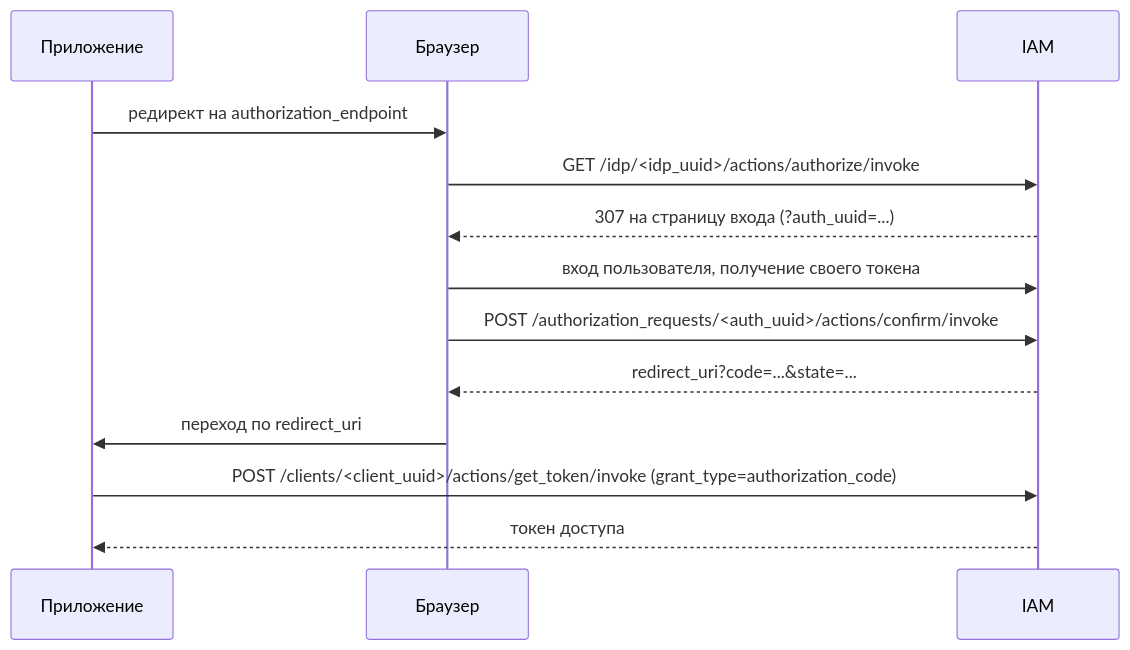
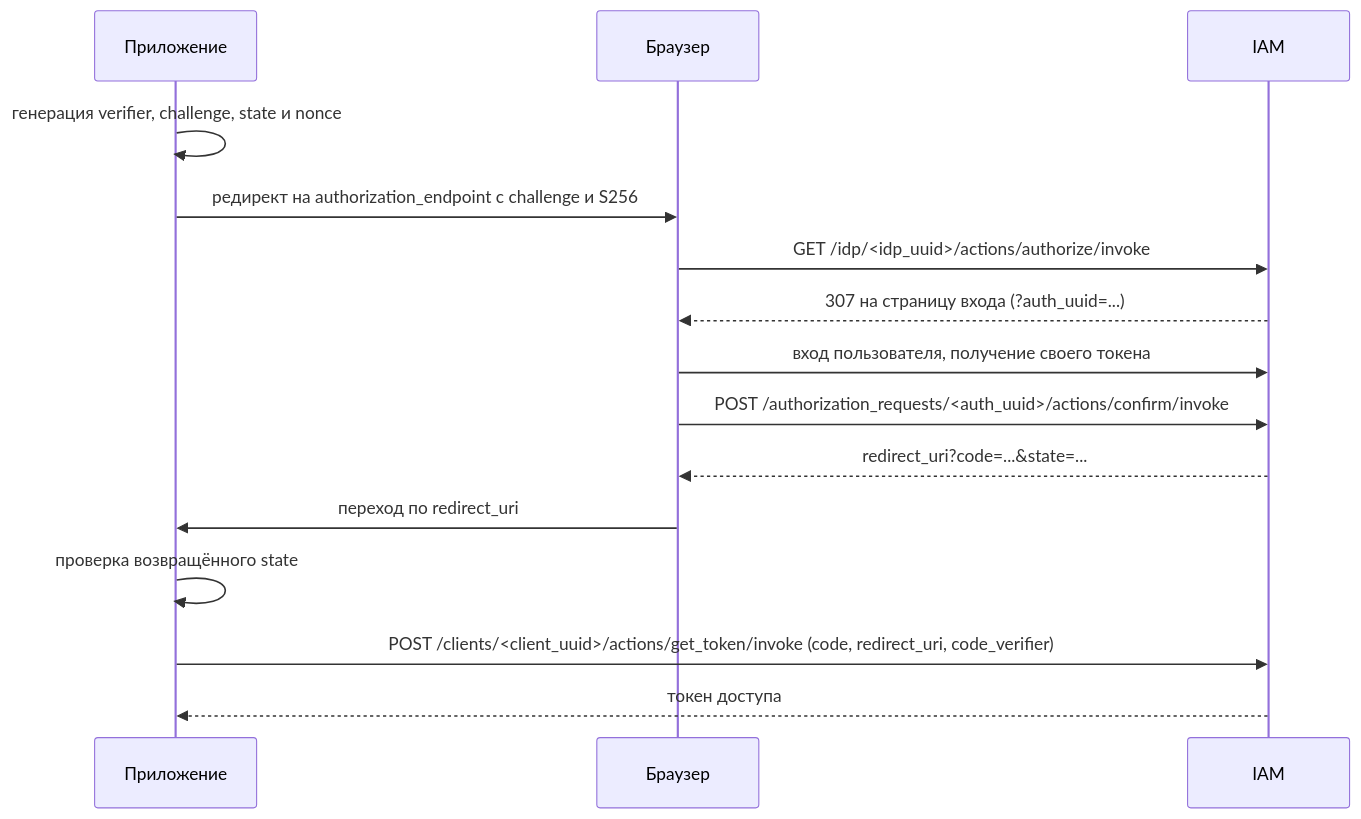
One commit to exordos/exordos_core changed the diagram in docs/iam/authorization_code.ru.md. Above: the diagram before and after it, drawn with Mermaid. The commit also changed other lines of this file and 1 other file, not shown here.

Commit message:
docs(iam): explain PKCE in authorization code flow

````diff
--- a/docs/iam/authorization_code.ru.md
+++ b/docs/iam/authorization_code.ru.md
@@ -50,15 +57,17 @@
 ```mermaid
 sequenceDiagram
     participant App as Приложение
     participant Browser as Браузер
     participant IAM
-    App->>Browser: редирект на authorization_endpoint
+    App->>App: генерация verifier, challenge, state и nonce
+    App->>Browser: редирект на authorization_endpoint с challenge и S256
     Browser->>IAM: GET /idp/<idp_uuid>/actions/authorize/invoke
     IAM-->>Browser: 307 на страницу входа (?auth_uuid=...)
     Browser->>IAM: вход пользователя, получение своего токена
     Browser->>IAM: POST /authorization_requests/<auth_uuid>/actions/confirm/invoke
     IAM-->>Browser: redirect_uri?code=...&state=...
     Browser->>App: переход по redirect_uri
-    App->>IAM: POST /clients/<client_uuid>/actions/get_token/invoke (grant_type=authorization_code)
+    App->>App: проверка возвращённого state
+    App->>IAM: POST /clients/<client_uuid>/actions/get_token/invoke (code, redirect_uri, code_verifier)
     IAM-->>App: токен доступа
 ```
````
